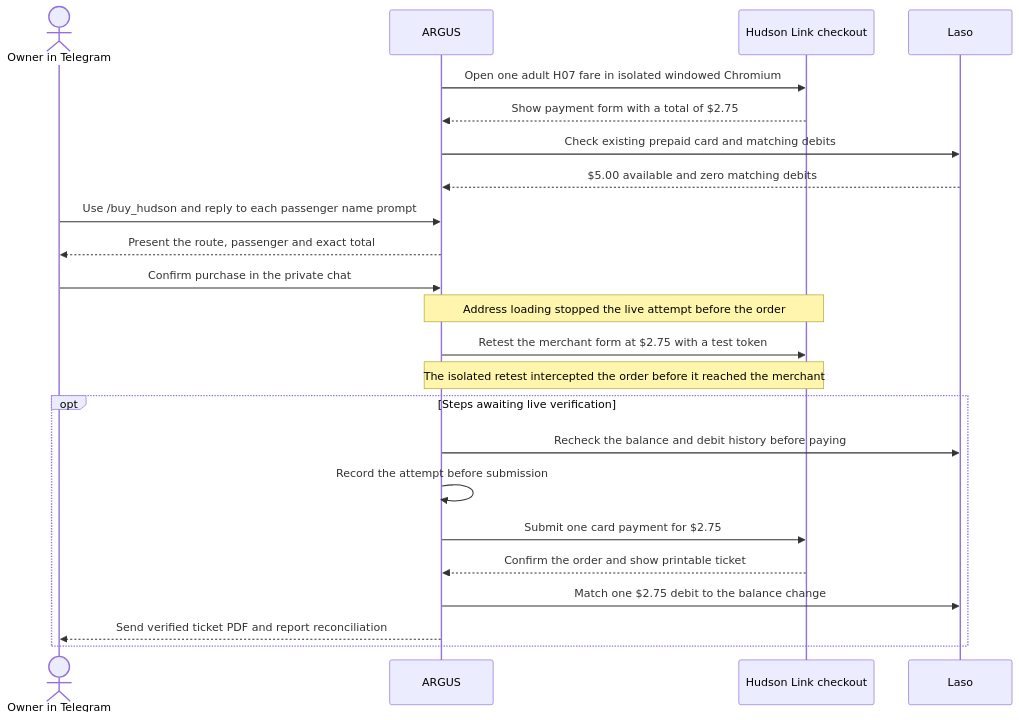
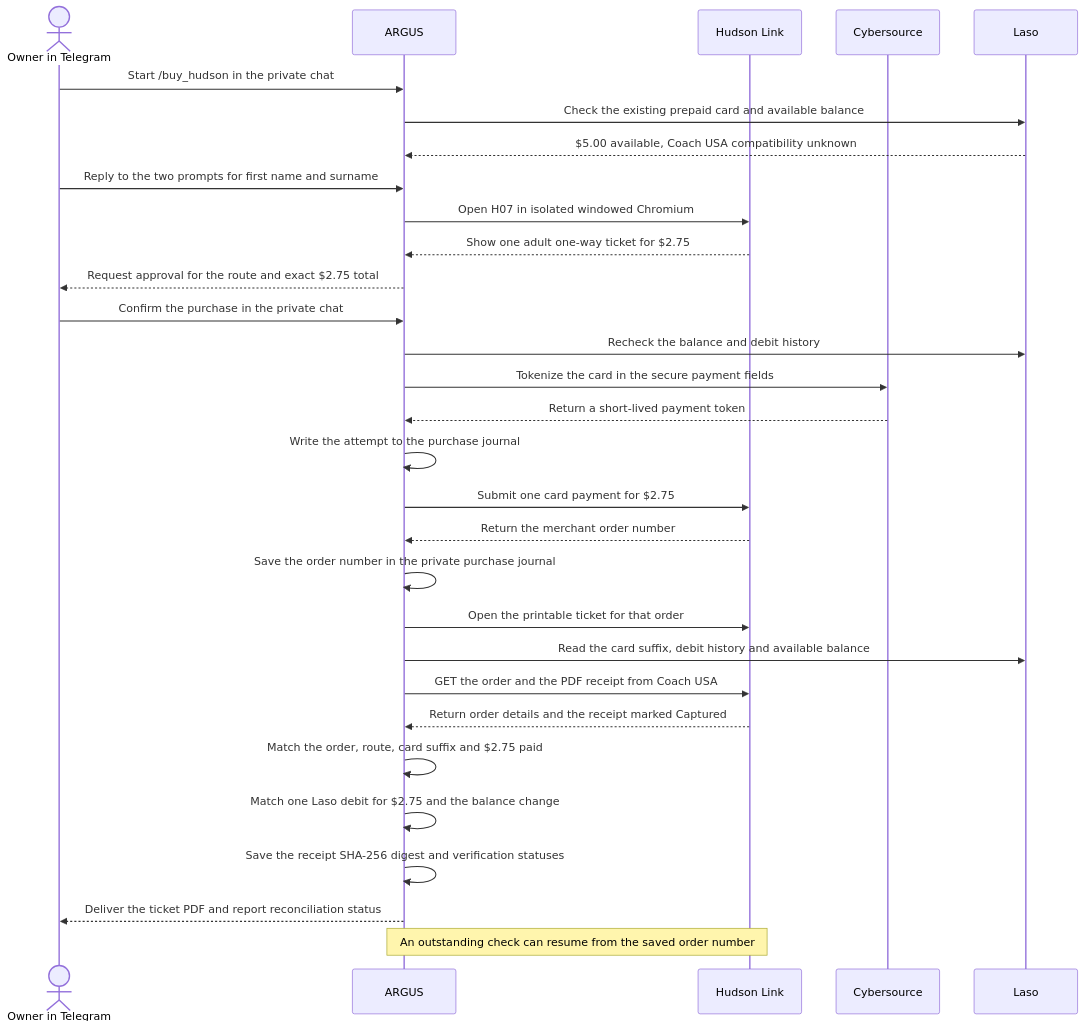
One commit to alexar76/argus changed the diagram in docs/use-case-hudson-link.md. Above: the diagram before and after it, drawn with Mermaid. The commit also changed other lines of this file and 18 other files, not shown here.

````diff
--- a/docs/use-case-hudson-link.md
+++ b/docs/use-case-hudson-link.md
@@ -9,25 +11,32 @@
 ```mermaid
 sequenceDiagram
     actor O as Owner in Telegram
     participant A as ARGUS
-    participant H as Hudson Link checkout
+    participant H as Hudson Link
+    participant C as Cybersource
     participant L as Laso
-    A->>H: Open one adult H07 fare in isolated windowed Chromium
-    H-->>A: Show payment form with a total of $2.75
-    A->>L: Check existing prepaid card and matching debits
-    L-->>A: $5.00 available and zero matching debits
-    O->>A: Use /buy_hudson and reply to each passenger name prompt
-    A-->>O: Present the route, passenger and exact total
-    O->>A: Confirm purchase in the private chat
-    Note over A,H: Address loading stopped the live attempt before the order
-    A->>H: Retest the merchant form at $2.75 with a test token
-    Note over A,H: The isolated retest intercepted the order before it reached the merchant
-    opt Steps awaiting live verification
-        A->>L: Recheck the balance and debit history before paying
-        A->>A: Record the attempt before submission
-        A->>H: Submit one card payment for $2.75
-        H-->>A: Confirm the order and show printable ticket
-        A->>L: Match one $2.75 debit to the balance change
-        A-->>O: Send verified ticket PDF and report reconciliation
-    end
+    O->>A: Start /buy_hudson in the private chat
+    A->>L: Check the existing prepaid card and available balance
+    L-->>A: $5.00 available, Coach USA compatibility unknown
+    O->>A: Reply to the two prompts for first name and surname
+    A->>H: Open H07 in isolated windowed Chromium
+    H-->>A: Show one adult one-way ticket for $2.75
+    A-->>O: Request approval for the route and exact $2.75 total
+    O->>A: Confirm the purchase in the private chat
+    A->>L: Recheck the balance and debit history
+    A->>C: Tokenize the card in the secure payment fields
+    C-->>A: Return a short-lived payment token
+    A->>A: Write the attempt to the purchase journal
+    A->>H: Submit one card payment for $2.75
+    H-->>A: Return the merchant order number
+    A->>A: Save the order number in the private purchase journal
+    A->>H: Open the printable ticket for that order
+    A->>L: Read the card suffix, debit history and available balance
+    A->>H: GET the order and the PDF receipt from Coach USA
+    H-->>A: Return order details and the receipt marked Captured
+    A->>A: Match the order, route, card suffix and $2.75 paid
+    A->>A: Match one Laso debit for $2.75 and the balance change
+    A->>A: Save the receipt SHA-256 digest and verification statuses
+    A-->>O: Deliver the ticket PDF and report reconciliation status
+    Note over A,H: An outstanding check can resume from the saved order number
 ```
````
